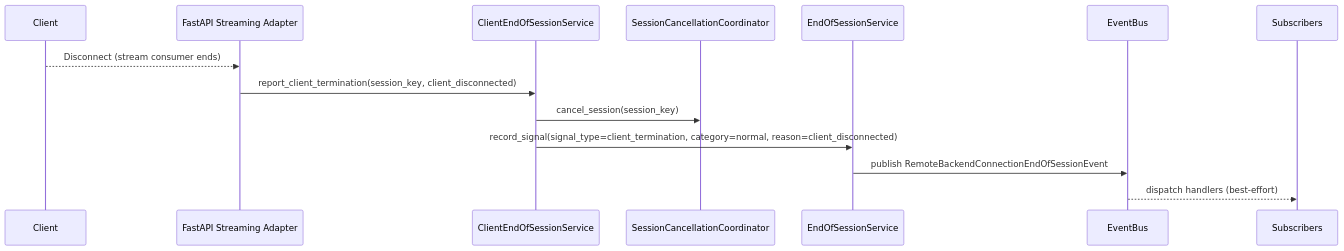
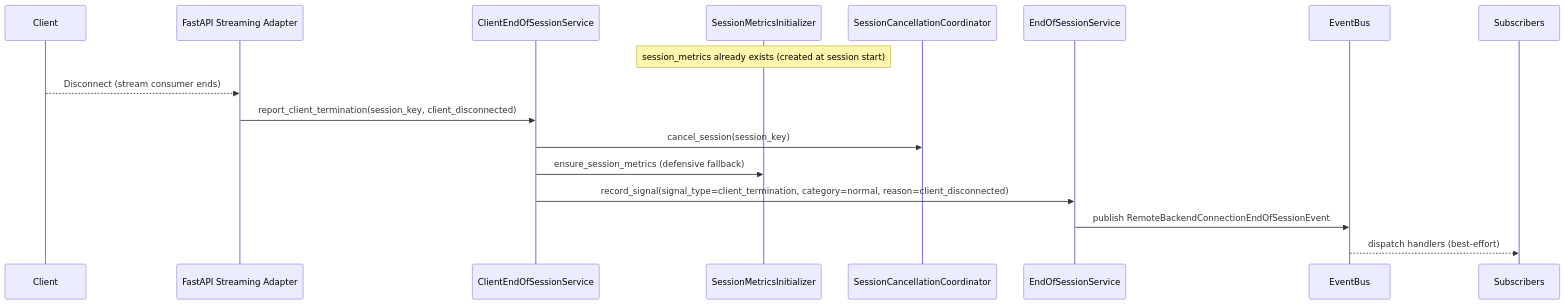
The third of 7 diagrams in .kiro/specs/client-end-of-session-handling/design.md (matdev83/llm-interactive-proxy), drawn with Mermaid before and after one commit. The commit also changed other lines of this file and 1 other file, not shown here.

Commit message:
Create spec: .kiro\specs\client-end-of-session-handling

````diff
--- a/.kiro/specs/client-end-of-session-handling/design.md
+++ b/.kiro/specs/client-end-of-session-handling/design.md
@@ -98,17 +140,20 @@
 ```mermaid
 sequenceDiagram
-  participant Client
-  participant Transport as FastAPI Streaming Adapter
-  participant ClientEos as ClientEndOfSessionService
-  participant Cancel as SessionCancellationCoordinator
-  participant Eos as EndOfSessionService
-  participant Bus as EventBus
-  participant Sub as Subscribers
+	  participant Client
+	  participant Transport as FastAPI Streaming Adapter
+	  participant ClientEos as ClientEndOfSessionService
+	  participant MetricsInit as SessionMetricsInitializer
+	  participant Cancel as SessionCancellationCoordinator
+	  participant Eos as EndOfSessionService
+	  participant Bus as EventBus
+	  participant Sub as Subscribers
 
-  Client -->> Transport: Disconnect (stream consumer ends)
-  Transport ->> ClientEos: report_client_termination(session_key, client_disconnected)
-  ClientEos ->> Cancel: cancel_session(session_key)
-  ClientEos ->> Eos: record_signal(signal_type=client_termination, category=normal, reason=client_disconnected)
-  Eos ->> Bus: publish RemoteBackendConnectionEndOfSessionEvent
-  Bus -->> Sub: dispatch handlers (best-effort)
+	  Note over MetricsInit: session_metrics already exists (created at session start)
+	  Client -->> Transport: Disconnect (stream consumer ends)
+	  Transport ->> ClientEos: report_client_termination(session_key, client_disconnected)
+	  ClientEos ->> Cancel: cancel_session(session_key)
+	  ClientEos ->> MetricsInit: ensure_session_metrics (defensive fallback)
+	  ClientEos ->> Eos: record_signal(signal_type=client_termination, category=normal, reason=client_disconnected)
+	  Eos ->> Bus: publish RemoteBackendConnectionEndOfSessionEvent
+	  Bus -->> Sub: dispatch handlers (best-effort)
 ```
````
